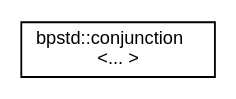
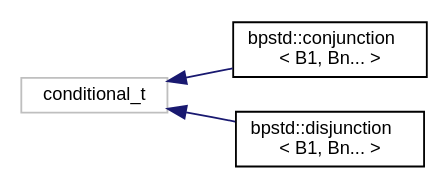
Before and after one commit to bitwizeshift/BackportCpp: the diagram in api/latest/inherit_graph_17.dot, drawn with Graphviz. The commit also changed 147 other files, not shown here.

```diff
--- a/api/latest/inherit_graph_17.dot
+++ b/api/latest/inherit_graph_17.dot
@@ -1,7 +1,11 @@
 digraph "Graphical Class Hierarchy"
 {
   edge [fontname="Helvetica",fontsize="10",labelfontname="Helvetica",labelfontsize="10"];
   node [fontname="Helvetica",fontsize="10",shape=record];
   rankdir="LR";
-  Node0 [label="bpstd::conjunction\l\<... \>",height=0.2,width=0.4,color="black", fillcolor="white", style="filled",URL="$de/d3f/structbpstd_1_1conjunction.html",tooltip="Type trait to determine the bool_constant from a logical AND operation of other bool_constants. "];
+  Node51 [label="conditional_t",height=0.2,width=0.4,color="grey75", fillcolor="white", style="filled"];
+  Node51 -> Node0 [dir="back",color="midnightblue",fontsize="10",style="solid",fontname="Helvetica"];
+  Node0 [label="bpstd::conjunction\l\< B1, Bn... \>",height=0.2,width=0.4,color="black", fillcolor="white", style="filled",URL="$db/d6c/structbpstd_1_1conjunction_3_01_b1_00_01_bn_8_8_8_01_4.html"];
+  Node51 -> Node53 [dir="back",color="midnightblue",fontsize="10",style="solid",fontname="Helvetica"];
+  Node53 [label="bpstd::disjunction\l\< B1, Bn... \>",height=0.2,width=0.4,color="black", fillcolor="white", style="filled",URL="$d2/d7b/structbpstd_1_1disjunction_3_01_b1_00_01_bn_8_8_8_01_4.html"];
 }
```
